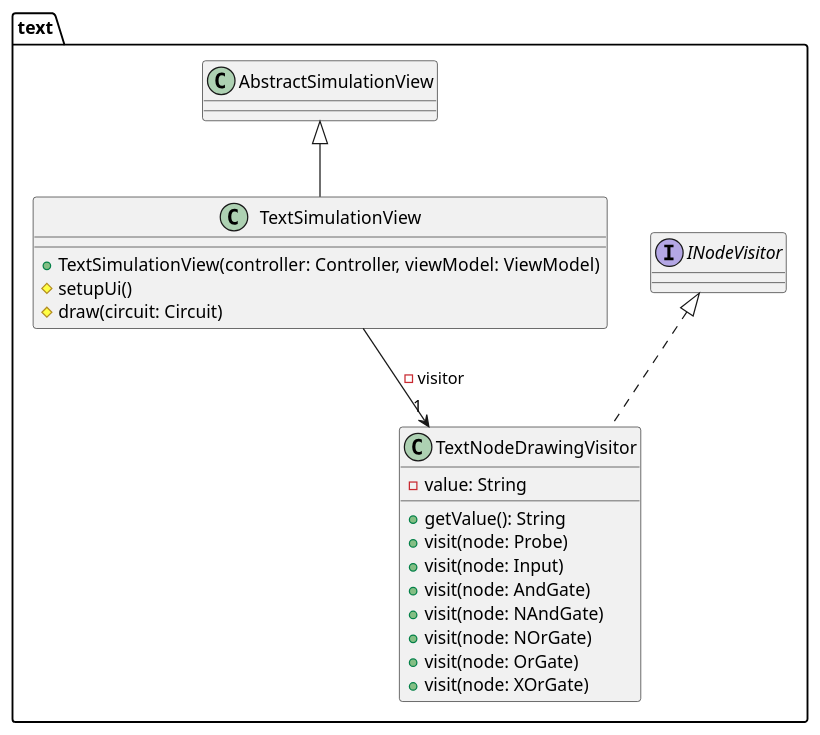
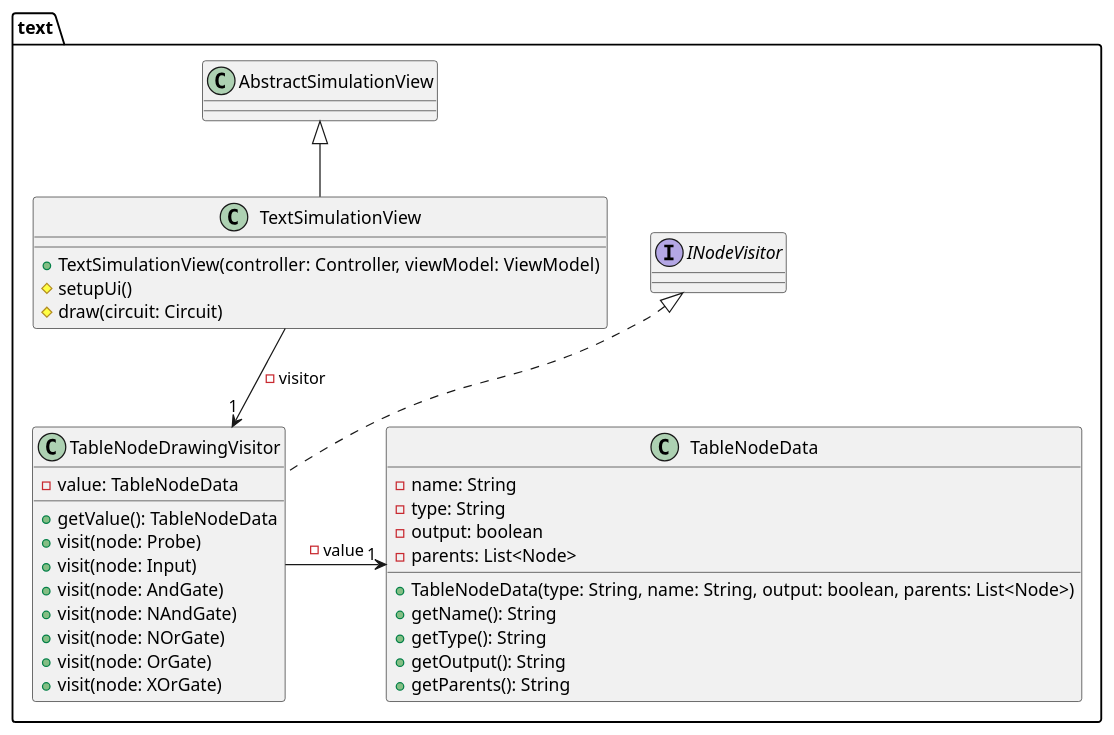
One commit to stevenliebregt/avans-dp1-sirkwie changed the diagram in docs/diagrams/dkd-gui-view-text.puml. Above: the diagram before and after it, drawn with PlantUML. The commit also changed 122 other files, not shown here.

```diff
--- a/docs/diagrams/dkd-gui-view-text.puml
+++ b/docs/diagrams/dkd-gui-view-text.puml
@@ -1,25 +1,39 @@
 @startuml
 
 package text {
-    class TextNodeDrawingVisitor implements INodeVisitor {
-        -value: String
+    class TableNodeData {
+        -name: String
+        -type: String
+        -output: boolean
+        -parents: List<Node>
 
-        +getValue(): String
+        +TableNodeData(type: String, name: String, output: boolean, parents: List<Node>)
+        +getName(): String
+        +getType(): String
+        +getOutput(): String
+        +getParents(): String
+    }
+
+    class TableNodeDrawingVisitor implements INodeVisitor {
+        -value: TableNodeData
+
+        +getValue(): TableNodeData
         +visit(node: Probe)
         +visit(node: Input)
         +visit(node: AndGate)
         +visit(node: NAndGate)
         +visit(node: NOrGate)
         +visit(node: OrGate)
         +visit(node: XOrGate)
     }
+    TableNodeDrawingVisitor -> "1" TableNodeData: -value
 
     class TextSimulationView extends AbstractSimulationView {
         +TextSimulationView(controller: Controller, viewModel: ViewModel)
         #setupUi()
         #draw(circuit: Circuit)
     }
-    TextSimulationView --> "1" TextNodeDrawingVisitor : -visitor
+    TextSimulationView --> "1" TableNodeDrawingVisitor : -visitor
 }
 
 @enduml
```
